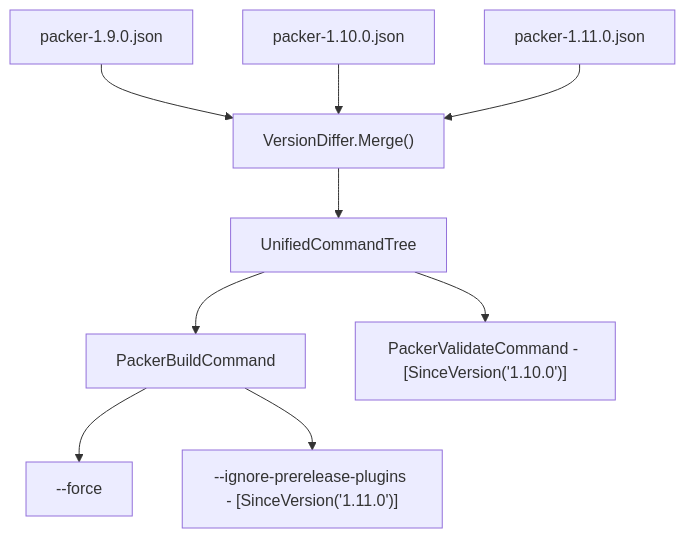
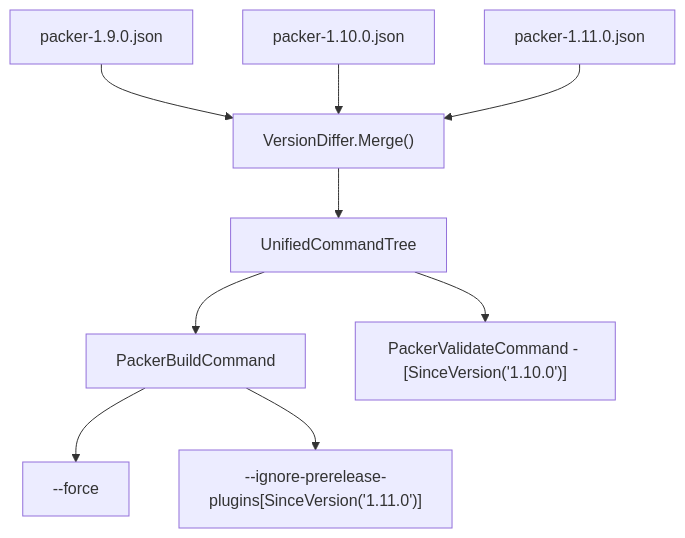
Before and after one commit to FrenchExDev/FrenchExDev: the second of 2 diagrams in Net/FrenchExDev/BinaryWrapper/README.md, drawn with Mermaid. The commit also changed 183 other files, not shown here.

````diff
--- a/Net/FrenchExDev/BinaryWrapper/README.md
+++ b/Net/FrenchExDev/BinaryWrapper/README.md
@@ -137,11 +137,11 @@
 ```mermaid
 flowchart TD
     V1["packer-1.9.0.json"] --> M["VersionDiffer.Merge()"]
     V2["packer-1.10.0.json"] --> M
     V3["packer-1.11.0.json"] --> M
     M --> U["UnifiedCommandTree"]
     U --> C1["PackerBuildCommand"]
     U --> C2["PackerValidateCommand - [SinceVersion('1.10.0')]"]
     C1 --> O1["--force"]
-    C1 --> O2["--ignore-prerelease-plugins - [SinceVersion('1.11.0')]"]
+    C1 --> O2["--ignore-prerelease-plugins[SinceVersion('1.11.0')]"]
 ```
````
